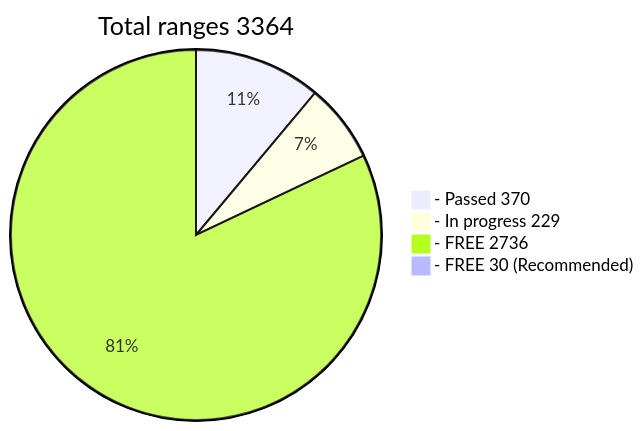
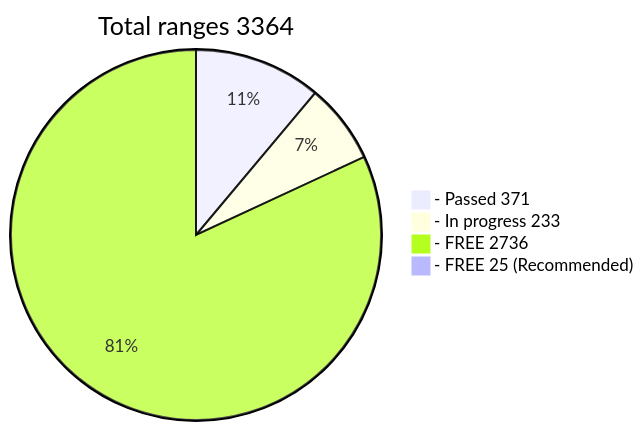
Before and after one commit to phrutis/wif500: the diagram in README.md, drawn with Mermaid.

````diff
--- a/README.md
+++ b/README.md
@@ -16,7 +16,7 @@
 ```mermaid
 pie title Total ranges 3364
-  "- Passed 370" : 370
-  "- In progress 229" : 229
+  "- Passed 371" : 371
+  "- In progress 233" : 233
   "- FREE 2736" : 2736
-  "- FREE 30 (Recommended)" : 30
+  "- FREE 25 (Recommended)" : 25
 ```
````
